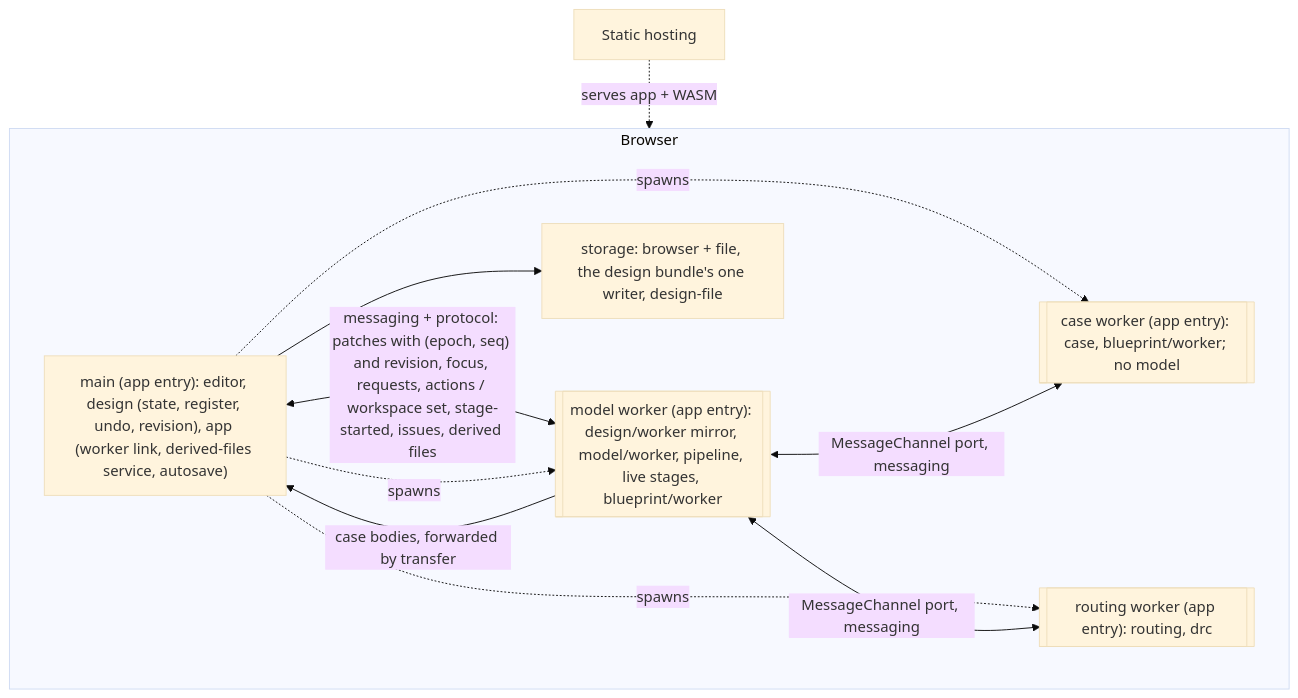
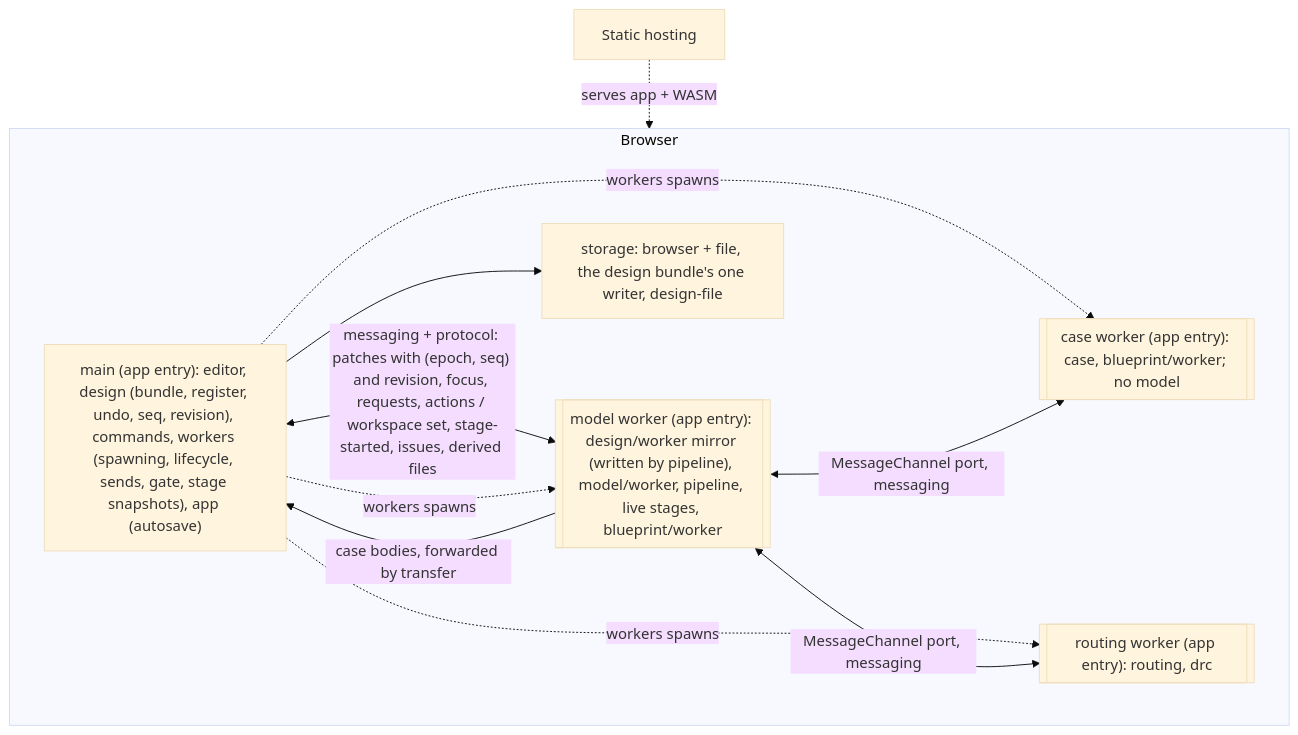
One commit to KeebCAD/keeb-cad changed the fourth of 4 diagrams in _bmad-output/architecture-keeb-cad-layout-model/architecture-keeb-cad-layout-model.md. Above: the diagram before and after it, drawn with Mermaid (base theme). The commit also changed other lines of this file and 4 other files, not shown here.

````diff
--- a/_bmad-output/architecture-keeb-cad-layout-model/architecture-keeb-cad-layout-model.md
+++ b/_bmad-output/architecture-keeb-cad-layout-model/architecture-keeb-cad-layout-model.md
@@ -1036,12 +1072,12 @@
 ```mermaid
 graph TD
   subgraph Browser
-    E["main (app entry): editor, design (state, register, undo, revision), app (worker link, derived-files service, autosave)"] <-->|"messaging + protocol: patches with (epoch, seq) and revision, focus, requests, actions / workspace set, stage-started, issues, derived files"| MW[["model worker (app entry): design/worker mirror, model/worker, pipeline, live stages, blueprint/worker"]]
-    E -.->|spawns| MW & W1 & W2
+    E["main (app entry): editor, design (bundle, register, undo, seq, revision), commands, workers (spawning, lifecycle, sends, gate, stage snapshots), app (autosave)"] <-->|"messaging + protocol: patches with (epoch, seq) and revision, focus, requests, actions / workspace set, stage-started, issues, derived files"| MW[["model worker (app entry): design/worker mirror (written by pipeline), model/worker, pipeline, live stages, blueprint/worker"]]
+    E -.->|workers spawns| MW & W1 & W2
     MW <-->|MessageChannel port, messaging| W1[["case worker (app entry): case, blueprint/worker; no model"]]
     MW <-->|MessageChannel port, messaging| W2[["routing worker (app entry): routing, drc"]]
     MW -->|case bodies, forwarded by transfer| E
     E --> ST["storage: browser + file, the design bundle's one writer, design-file"]
   end
   H[Static hosting] -.serves app + WASM.-> Browser
 ```
````
